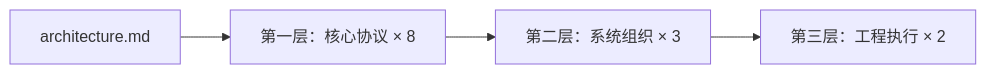
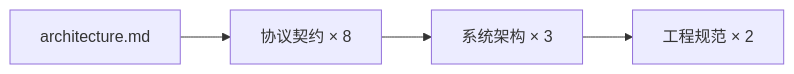
One commit to GeoFound/Chronobar changed the diagram in README.md. Above: the diagram before and after it, drawn with Mermaid. The commit also changed other lines of this file and 9 other files, not shown here.

````diff
--- a/README.md
+++ b/README.md
@@ -84,6 +84,6 @@
 ```mermaid
 graph LR
-    A[architecture.md] --> B[第一层：核心协议 × 8]
-    B --> C[第二层：系统组织 × 3]
-    C --> D[第三层：工程执行 × 2]
+    A[architecture.md] --> B[协议契约 × 8]
+    B --> C[系统架构 × 3]
+    C --> D[工程规范 × 2]
 ```
````
